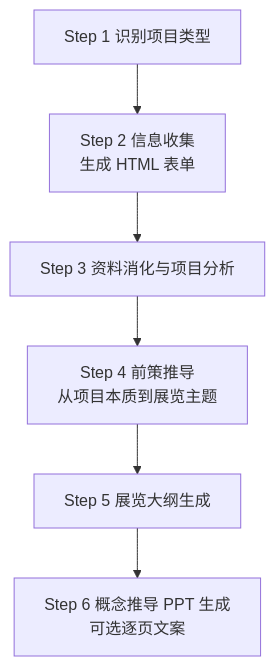
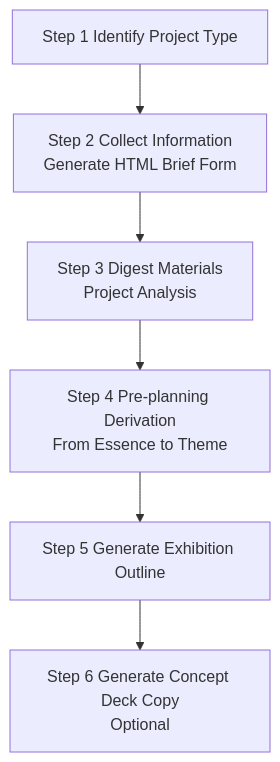
One commit to sunzhaokai95/kk-exhibition-planner-skill changed the diagram in README.md. Above: the diagram before and after it, drawn with Mermaid. The commit also changed other lines of this file and 2 other files, not shown here.

````diff
--- a/README.md
+++ b/README.md
@@ -34,8 +34,8 @@
 ```mermaid
 flowchart TD
-  A["Step 1 识别项目类型"] --> B["Step 2 信息收集<br/>生成 HTML 表单"]
-  B --> C["Step 3 资料消化与项目分析"]
-  C --> D["Step 4 前策推导<br/>从项目本质到展览主题"]
-  D --> E["Step 5 展览大纲生成"]
-  E --> F["Step 6 概念推导 PPT 生成<br/>可选逐页文案"]
+  A["Step 1 Identify Project Type"] --> B["Step 2 Collect Information<br/>Generate HTML Brief Form"]
+  B --> C["Step 3 Digest Materials<br/>Project Analysis"]
+  C --> D["Step 4 Pre-planning Derivation<br/>From Essence to Theme"]
+  D --> E["Step 5 Generate Exhibition Outline"]
+  E --> F["Step 6 Generate Concept Deck Copy<br/>Optional"]
 ```
````
